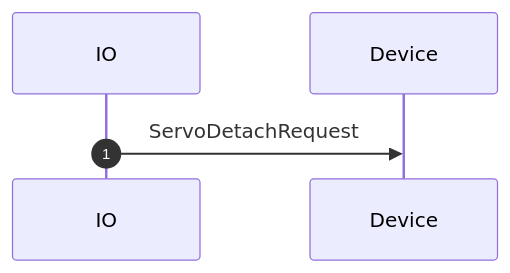
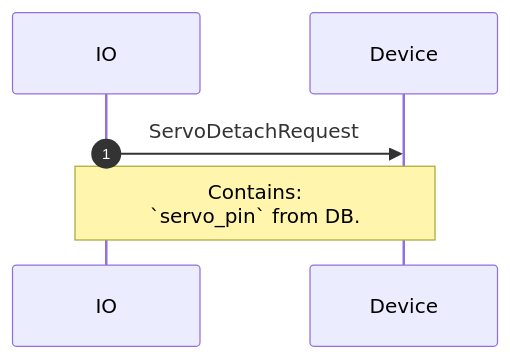
Before and after one commit to adafruit/Wippersnapper_Protobuf: the fourth of 5 diagrams in proto/wippersnapper/servo/v1/servo.md, drawn with Mermaid. The commit also changed other lines of this file, not shown here.

````diff
--- a/proto/wippersnapper/servo/v1/servo.md
+++ b/proto/wippersnapper/servo/v1/servo.md
@@ -60,5 +60,6 @@
 ```mermaid
 sequenceDiagram
 autonumber
 IO->>Device: ServoDetachRequest
+Note over IO, Device: Contains:<br> `servo_pin` from DB.
 ```
````
